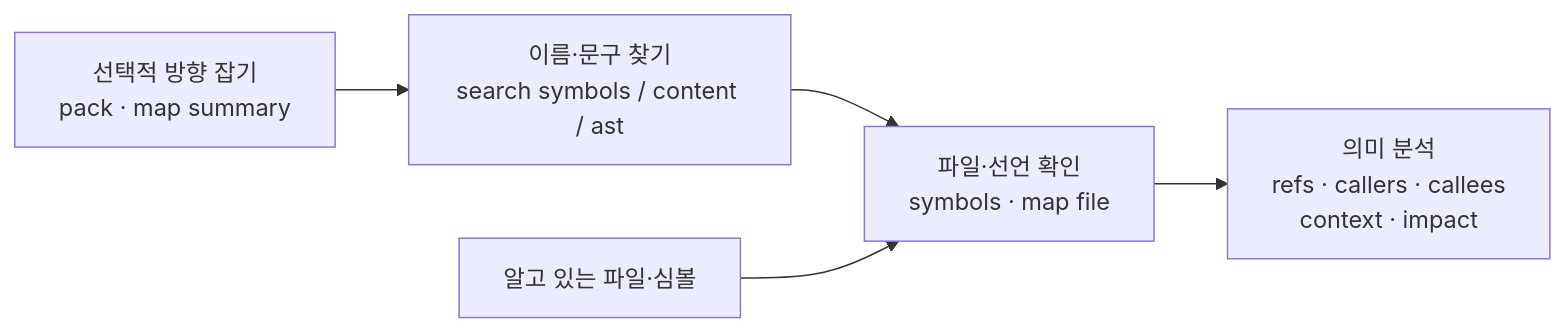
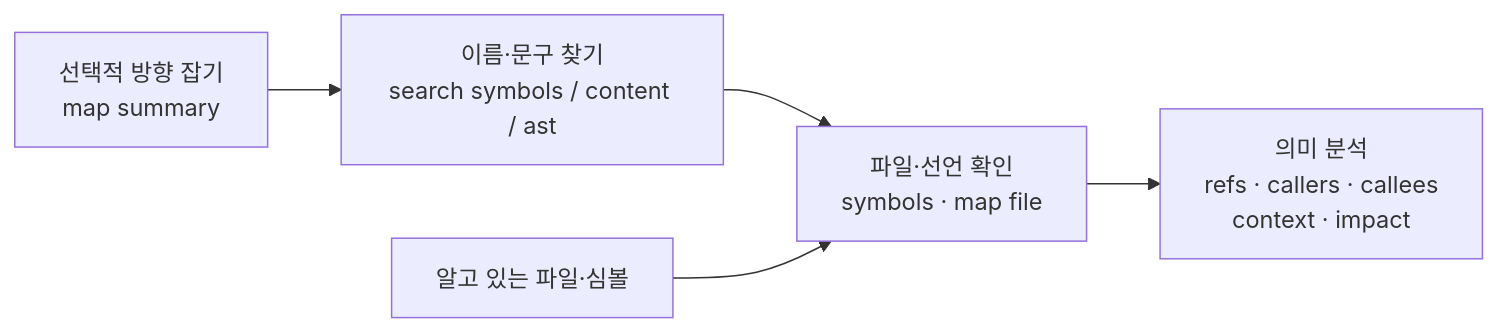
One commit to junyeong-ai/symora changed the second of 2 diagrams in README.md. Above: the diagram before and after it, drawn with Mermaid. The commit also changed other lines of this file and 28 other files, not shown here.

````diff
--- a/README.md
+++ b/README.md
@@ -97,7 +97,7 @@
 ```mermaid
 flowchart LR
-    O["선택적 방향 잡기<br/>pack · map summary"] --> D["이름·문구 찾기<br/>search symbols / content / ast"]
+    O["선택적 방향 잡기<br/>map summary"] --> D["이름·문구 찾기<br/>search symbols / content / ast"]
     D --> I["파일·선언 확인<br/>symbols · map file"]
     K["알고 있는 파일·심볼"] --> I
     I --> X["의미 분석<br/>refs · callers · callees<br/>context · impact"]
 ```
````
